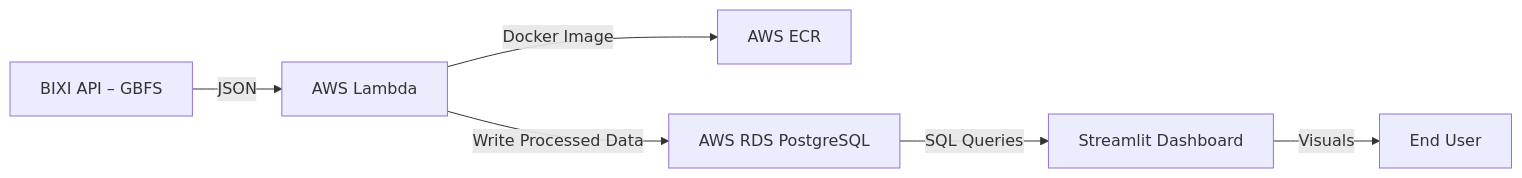
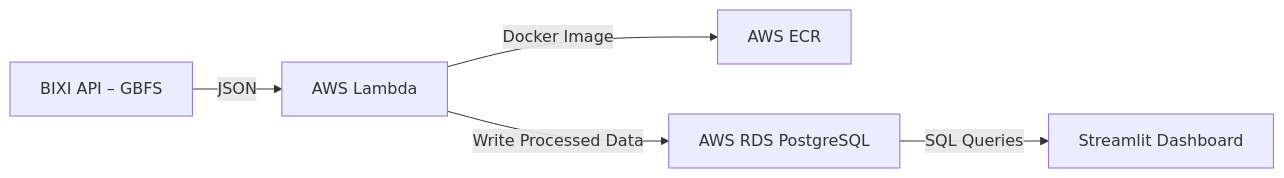
Before and after one commit to MetaphysicalSploumsky/bixi-dashboard: the diagram in README.md, drawn with Mermaid.

Commit message:
Remove End User connection from README diagram
Removed the connection from Streamlit Dashboard to End User.

````diff
--- a/README.md
+++ b/README.md
@@ -7,8 +7,7 @@
 ```mermaid
 graph LR
     A["BIXI API – GBFS"] -->|JSON| B["AWS Lambda"]
     B -->|Docker Image| C["AWS ECR"]
     B -->|Write Processed Data| D["AWS RDS PostgreSQL"]
     D -->|SQL Queries| E["Streamlit Dashboard"]
-    E -->|Visuals| F["End User"]
 ```
````
